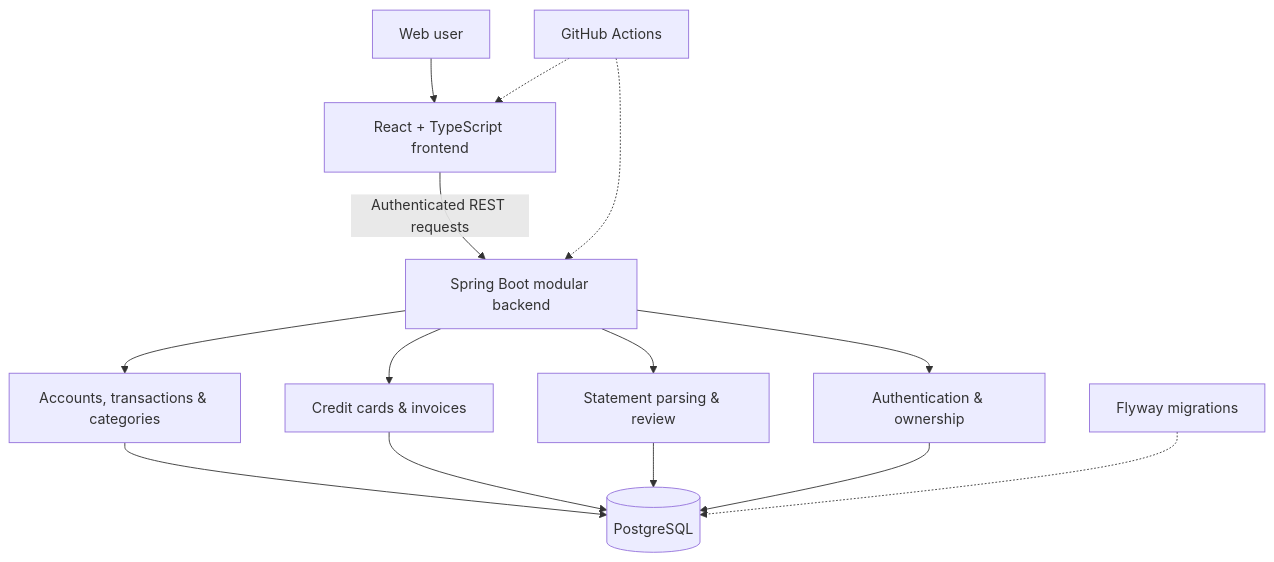
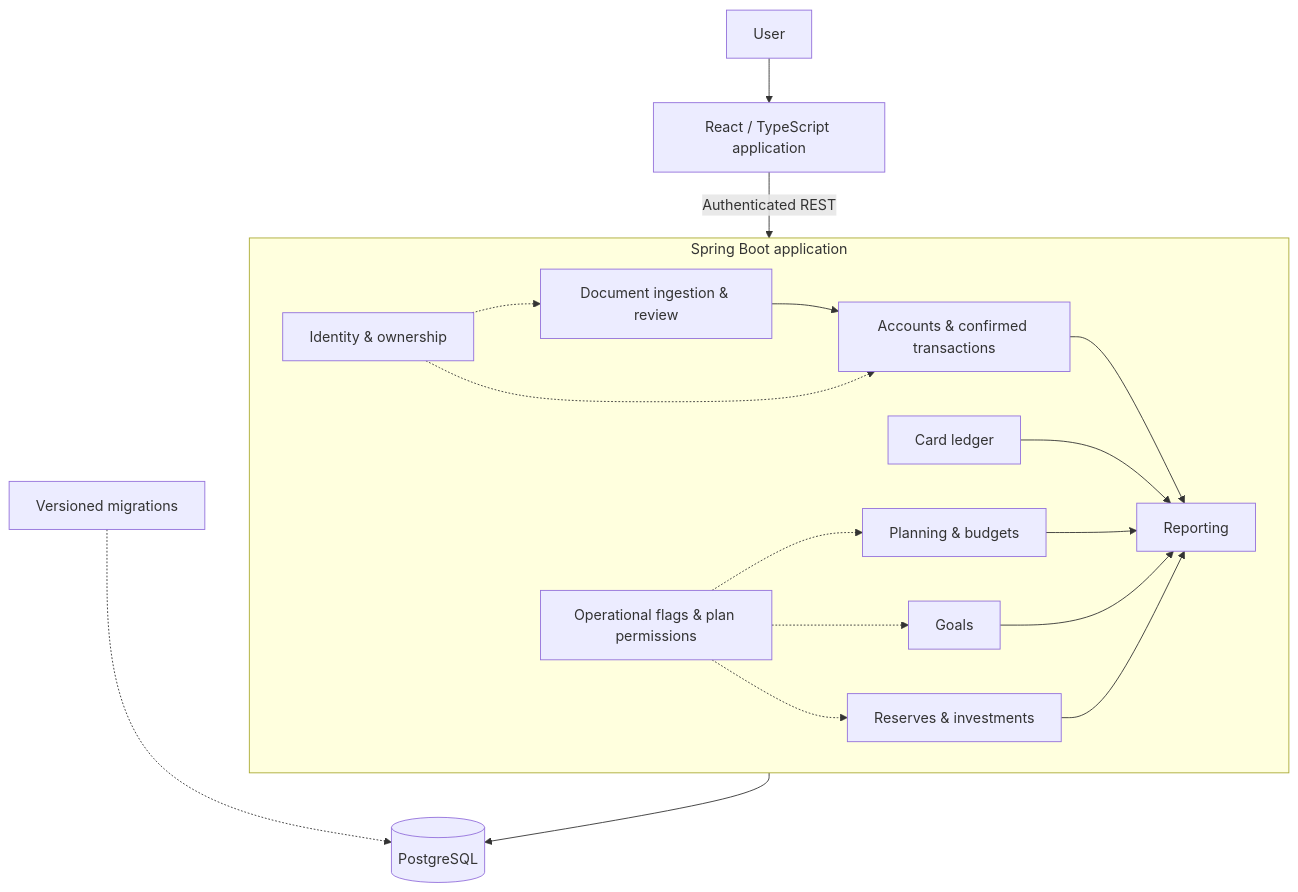
One commit to danilobsilv/BankingIntelligentSheet changed the first of 5 diagrams in docs/ARCHITECTURE.md. Above: the diagram before and after it, drawn with Mermaid. The commit also changed other lines of this file, not shown here.

Commit message:
docs: expand public ARCHITECTURE.md for MVP engineering flights

````diff
--- a/docs/ARCHITECTURE.md
+++ b/docs/ARCHITECTURE.md
@@ -7,16 +9,29 @@
 ```mermaid
 flowchart TB
-    User[Web user] --> FE[React + TypeScript frontend]
-    FE -->|Authenticated REST requests| API[Spring Boot modular backend]
-    API --> AUTH[Authentication & ownership]
-    API --> FIN[Accounts, transactions & categories]
-    API --> CARD[Credit cards & invoices]
-    API --> IMPORT[Statement parsing & review]
-    FIN --> DB[(PostgreSQL)]
-    CARD --> DB
-    IMPORT --> DB
-    AUTH --> DB
-    MIG[Flyway migrations] -.-> DB
-    CI[GitHub Actions] -.-> FE
-    CI -.-> API
+    U[User] --> WEB[React / TypeScript application]
+    WEB -->|Authenticated REST| APP
+    subgraph APP[Spring Boot application]
+      ID[Identity & ownership]
+      IN[Document ingestion & review]
+      CORE[Accounts & confirmed transactions]
+      CARD[Card ledger]
+      PLAN[Planning & budgets]
+      GOALS[Goals]
+      WEALTH[Reserves & investments]
+      REPORT[Reporting]
+      POLICY[Operational flags & plan permissions]
+    end
+    IN --> CORE
+    CORE --> REPORT
+    CARD --> REPORT
+    PLAN --> REPORT
+    GOALS --> REPORT
+    WEALTH --> REPORT
+    ID -.-> IN
+    ID -.-> CORE
+    POLICY -.-> PLAN
+    POLICY -.-> GOALS
+    POLICY -.-> WEALTH
+    APP --> DB[(PostgreSQL)]
+    MIG[Versioned migrations] -.-> DB
 ```
````
